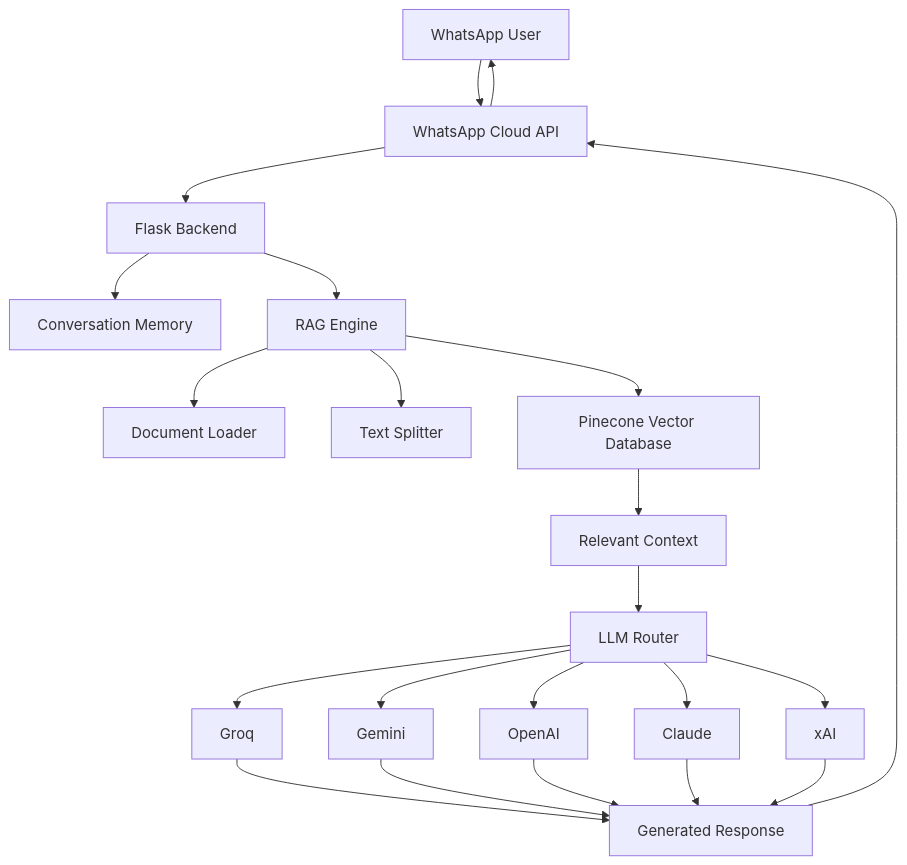
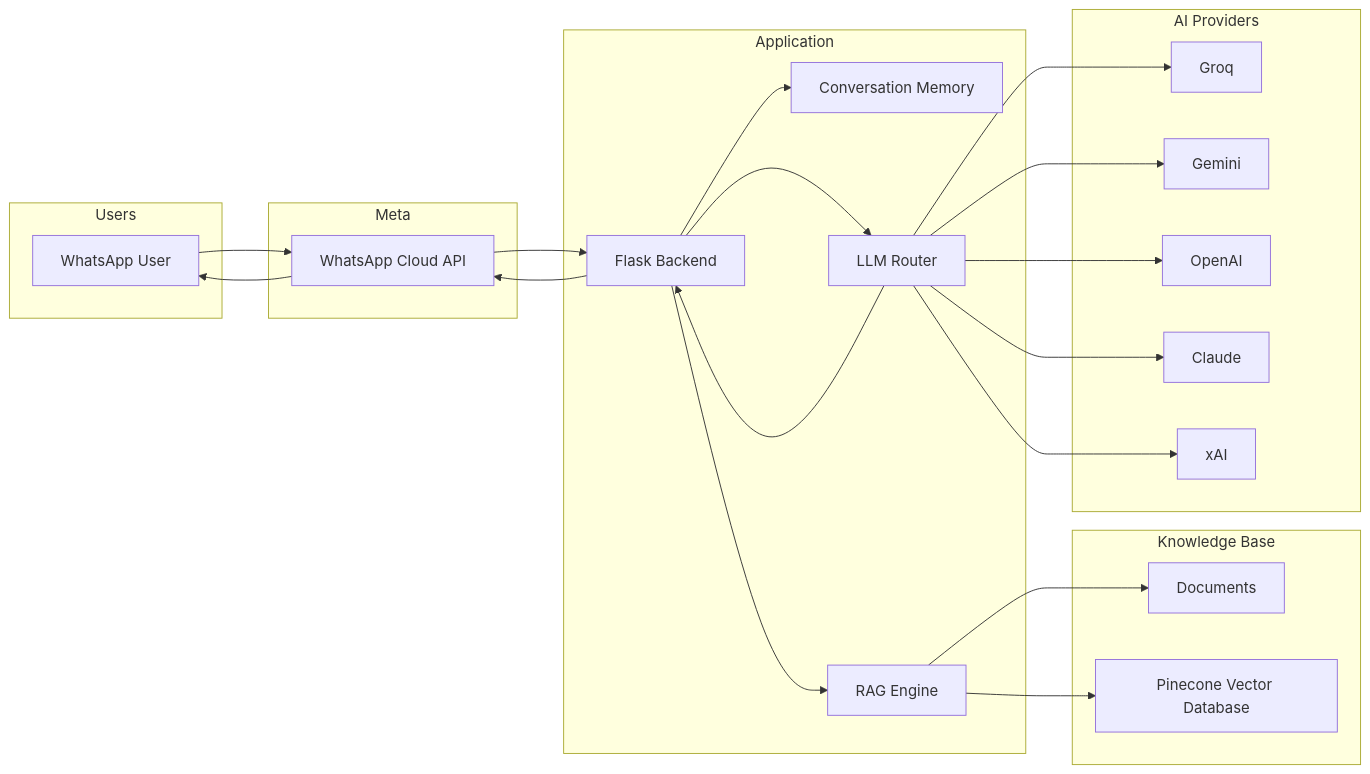
Before and after one commit to johncharlessarwi-dot/whatsapp-ai-assistant: the first of 2 diagrams in README.md, drawn with Mermaid. The commit also changed other lines of this file, not shown here.

````diff
--- a/README.md
+++ b/README.md
@@ -37,35 +57,52 @@
 ```mermaid
-flowchart TD
+flowchart LR
 
-A[WhatsApp User]
+subgraph Users
+U[WhatsApp User]
+end
 
-A --> B[WhatsApp Cloud API]
+subgraph Meta
+W[WhatsApp Cloud API]
+end
 
-B --> C[Flask Backend]
+subgraph Application
+A[Flask Backend]
+M[Conversation Memory]
+R[RAG Engine]
+L[LLM Router]
+end
 
-C --> D[Conversation Memory]
-C --> E[RAG Engine]
+subgraph Knowledge Base
+D[Documents]
+P[Pinecone Vector Database]
+end
 
-E --> F[Document Loader]
-E --> G[Text Splitter]
-E --> H[Pinecone Vector Database]
+subgraph AI Providers
+G[Groq]
+GM[Gemini]
+O[OpenAI]
+C[Claude]
+X[xAI]
+end
 
-H --> I[Relevant Context]
+U --> W
+W --> A
 
-I --> J[LLM Router]
+A --> M
+A --> R
+R --> D
+R --> P
 
-J --> K[Groq]
-J --> L[Gemini]
-J --> M[OpenAI]
-J --> N[Claude]
-J --> O[xAI]
+A --> L
 
-K --> P[Generated Response]
-L --> P
-M --> P
-N --> P
-O --> P
+L --> G
+L --> GM
+L --> O
+L --> C
+L --> X
 
-P --> B
-B --> A
+L --> A
+
+A --> W
+W --> U
 ```
````
